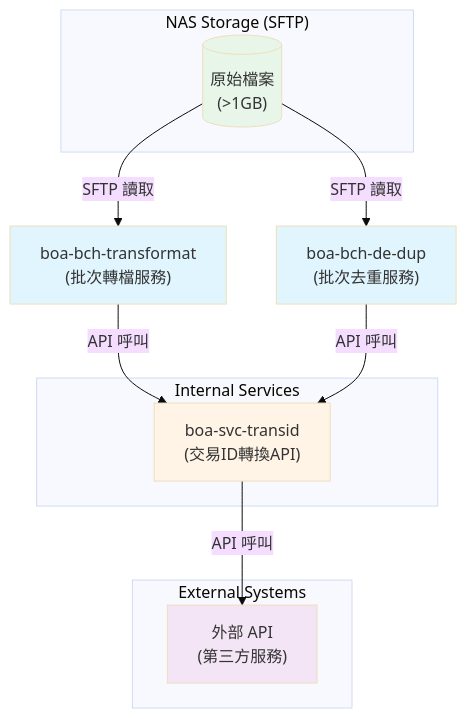
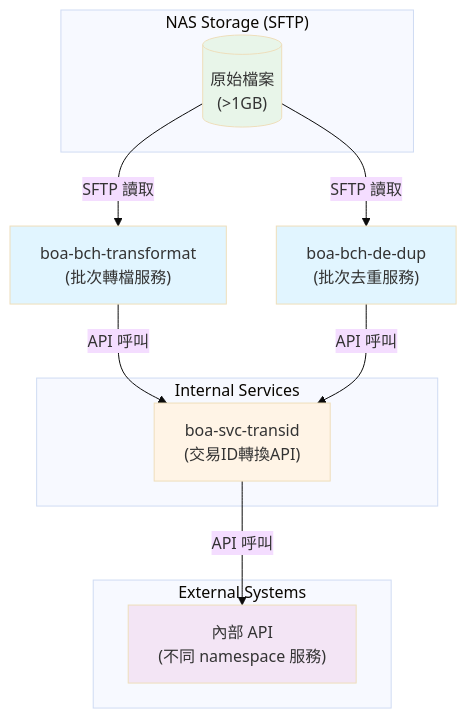
One commit to OccultusTW/spec-kit-template changed the diagram in .specify/memory/references-docs/pre-architecture.md. Above: the diagram before and after it, drawn with Mermaid (base theme). The commit also changed other lines of this file and 2 other files, not shown here.

Commit message:
feat: remove spec shard and add gitignore

````diff
--- a/.specify/memory/references-docs/pre-architecture.md
+++ b/.specify/memory/references-docs/pre-architecture.md
@@ -28,31 +28,31 @@
   ```mermaid
     graph TB
         subgraph NAS["NAS Storage (SFTP)"]
             Files[("原始檔案<br/>(>1GB)")]
         end
 
         BCH1["boa-bch-transformat<br/>(批次轉檔服務)"]
         BCH2["boa-bch-de-dup<br/>(批次去重服務)"]
 
         subgraph Internal["Internal Services"]
             SVC["boa-svc-transid<br/>(交易ID轉換API)"]
         end
 
         subgraph External["External Systems"]
-            ExtAPI["外部 API<br/>(第三方服務)"]
+            ExtAPI["內部 API<br/>(不同 namespace 服務)"]
         end
 
         Files -->|SFTP 讀取| BCH1
         Files -->|SFTP 讀取| BCH2
         
         BCH1 -->|API 呼叫| SVC
         BCH2 -->|API 呼叫| SVC
         
         SVC -->|API 呼叫| ExtAPI
         
         style BCH1 fill:#e1f5ff
         style BCH2 fill:#e1f5ff
         style SVC fill:#fff4e6
         style ExtAPI fill:#f3e5f5
         style Files fill:#e8f5e9
   ```
````
